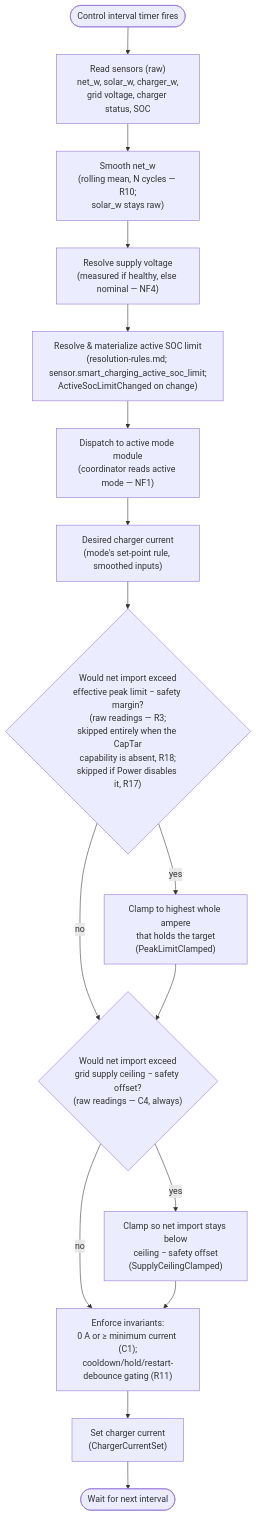
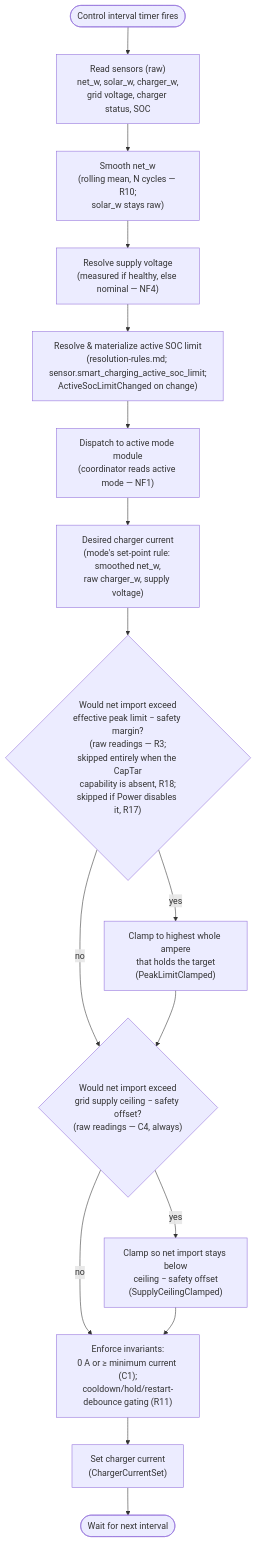
Before and after one commit to kristofdegrave/homeassistant-smart-charging: the diagram in docs/analysis/control-cycle.md, drawn with Mermaid. The commit also changed other lines of this file and 5 other files, not shown here.

````diff
--- a/docs/analysis/control-cycle.md
+++ b/docs/analysis/control-cycle.md
@@ -60,18 +60,18 @@
 ```mermaid
 flowchart TD
     Timer(["Control interval timer fires"]) --> Read["Read sensors (raw)<br/>net_w, solar_w, charger_w,<br/>grid voltage, charger status, SOC"]
     Read --> Smooth["Smooth net_w<br/>(rolling mean, N cycles — R10;<br/>solar_w stays raw)"]
     Smooth --> Volt["Resolve supply voltage<br/>(measured if healthy, else nominal — NF4)"]
     Volt --> SocLimit["Resolve & materialize active SOC limit<br/>(resolution-rules.md; sensor.smart_charging_active_soc_limit;<br/>ActiveSocLimitChanged on change)"]
     SocLimit --> Dispatch["Dispatch to active mode module<br/>(coordinator reads active mode — NF1)"]
-    Dispatch --> Desired["Desired charger current<br/>(mode's set-point rule, smoothed inputs)"]
+    Dispatch --> Desired["Desired charger current<br/>(mode's set-point rule: smoothed net_w,<br/>raw charger_w, supply voltage)"]
     Desired --> Peak{"Would net import exceed<br/>effective peak limit − safety margin?<br/>(raw readings — R3;<br/>skipped entirely when the CapTar<br/>capability is absent, R18;<br/>skipped if Power disables it, R17)"}
     Peak -->|yes| Clamp["Clamp to highest whole ampere<br/>that holds the target<br/>(PeakLimitClamped)"]
     Peak -->|no| Ceiling
     Clamp --> Ceiling{"Would net import exceed<br/>grid supply ceiling − safety offset?<br/>(raw readings — C4, always)"}
     Ceiling -->|yes| CeilingClamp["Clamp so net import stays below<br/>ceiling − safety offset<br/>(SupplyCeilingClamped)"]
     Ceiling -->|no| Invariant
     CeilingClamp --> Invariant["Enforce invariants:<br/>0 A or ≥ minimum current (C1);<br/>cooldown/hold/restart-debounce gating (R11)"]
     Invariant --> Set["Set charger current<br/>(ChargerCurrentSet)"]
     Set --> Wait(["Wait for next interval"])
 ```
````
